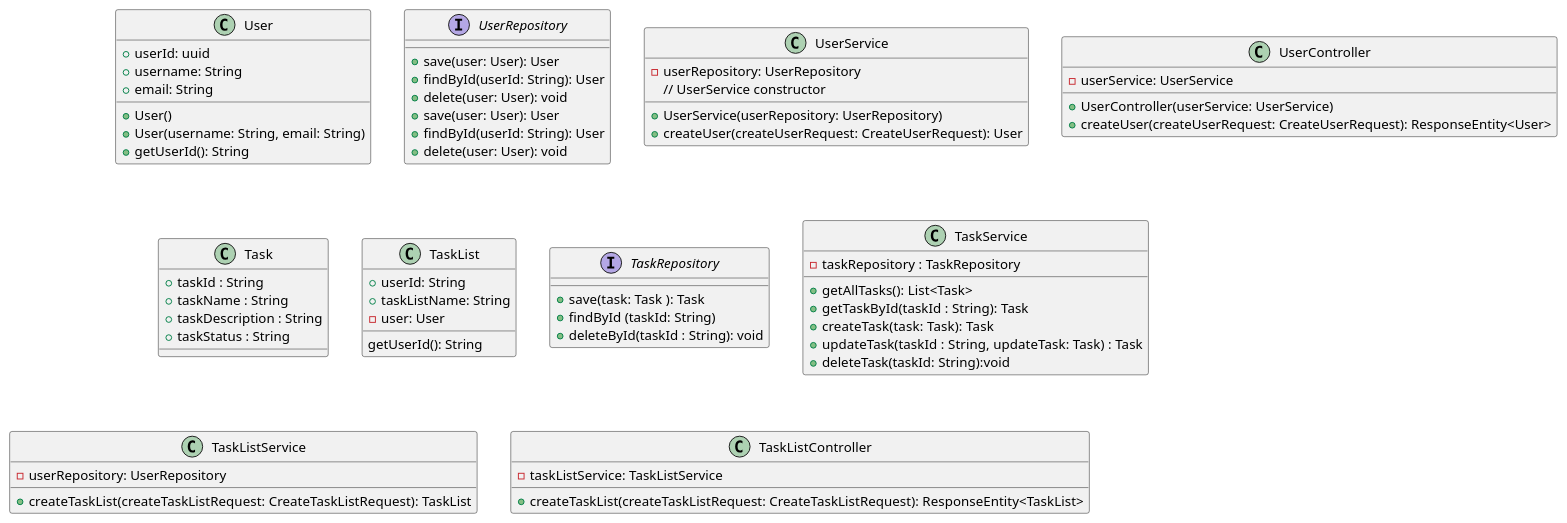
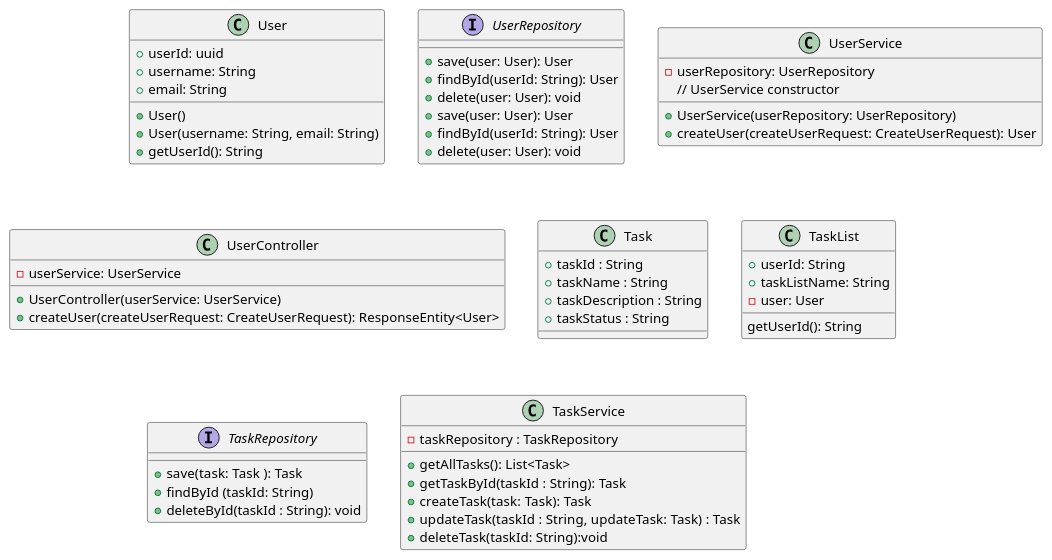
The diagram in Streamline.puml (adam-knight1/streamline), drawn with PlantUML before and after one commit.

Commit message:
updated UML diagram

```diff
--- a/Streamline.puml
+++ b/Streamline.puml
@@ -1,75 +1,64 @@
 @startuml
 
 class User {
 +userId: uuid
 +username: String
 +email: String
 +User()
 +User(username: String, email: String)
 +getUserId(): String
 }
 
 interface UserRepository {
 +save(user: User): User
 +findById(userId: String): User
 +delete(user: User): void
 }
 class UserService {
 -userRepository: UserRepository
 // UserService constructor
 +UserService(userRepository: UserRepository)
 +createUser(createUserRequest: CreateUserRequest): User
 }
 
 class UserController {
 -userService: UserService
 +UserController(userService: UserService)
 +createUser(createUserRequest: CreateUserRequest): ResponseEntity<User>
 }
 
 class Task {
 +taskId : String
 +taskName : String
 +taskDescription : String
 +taskStatus : String
 }
 
 class TaskList {
 +userId: String
 +taskListName: String
 -user: User
 getUserId(): String
 }
 
 interface UserRepository {
 +save(user: User): User
 +findById(userId: String): User
 +delete(user: User): void
 }
 
 interface TaskRepository {
 +save(task: Task ): Task
 +findById (taskId: String)
 +deleteById(taskId : String): void
 }
 
 class TaskService {
 -taskRepository : TaskRepository
 +getAllTasks(): List<Task>
 +getTaskById(taskId : String): Task
 +createTask(task: Task): Task
 +updateTask(taskId : String, updateTask: Task) : Task
 +deleteTask(taskId: String):void
 }
-
-class TaskListService {
- -userRepository: UserRepository
- +createTaskList(createTaskListRequest: CreateTaskListRequest): TaskList
-}
-
-class TaskListController {
--taskListService: TaskListService
-+createTaskList(createTaskListRequest: CreateTaskListRequest): ResponseEntity<TaskList>
-
-}
 @enduml
```
